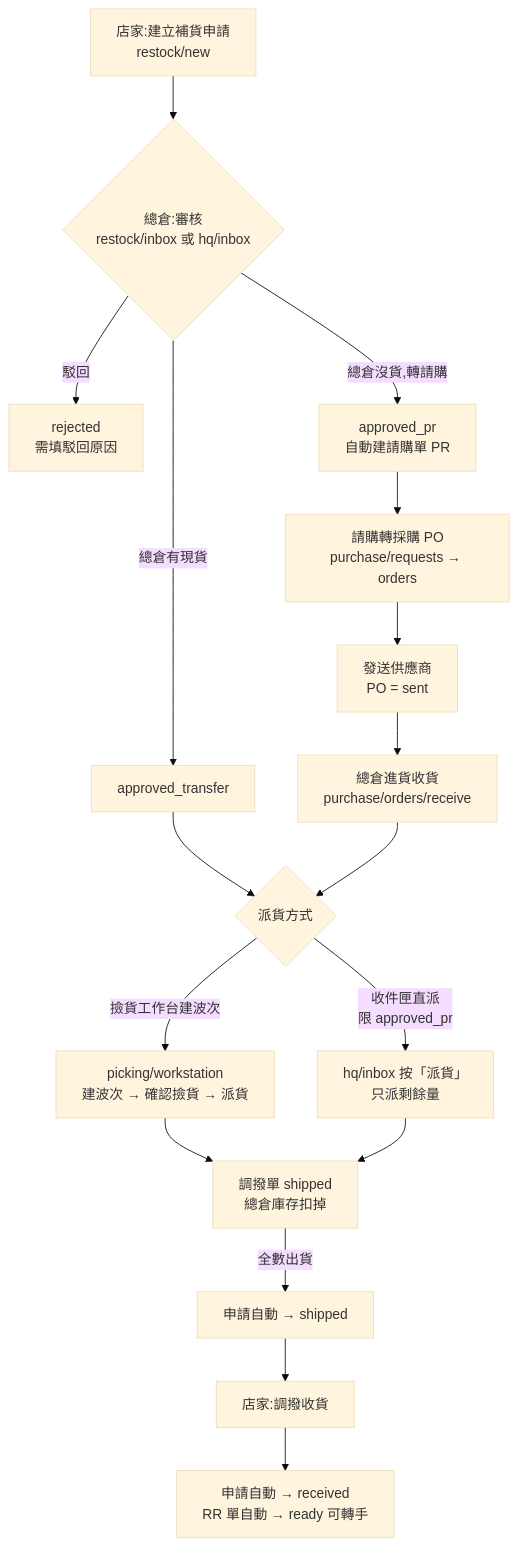
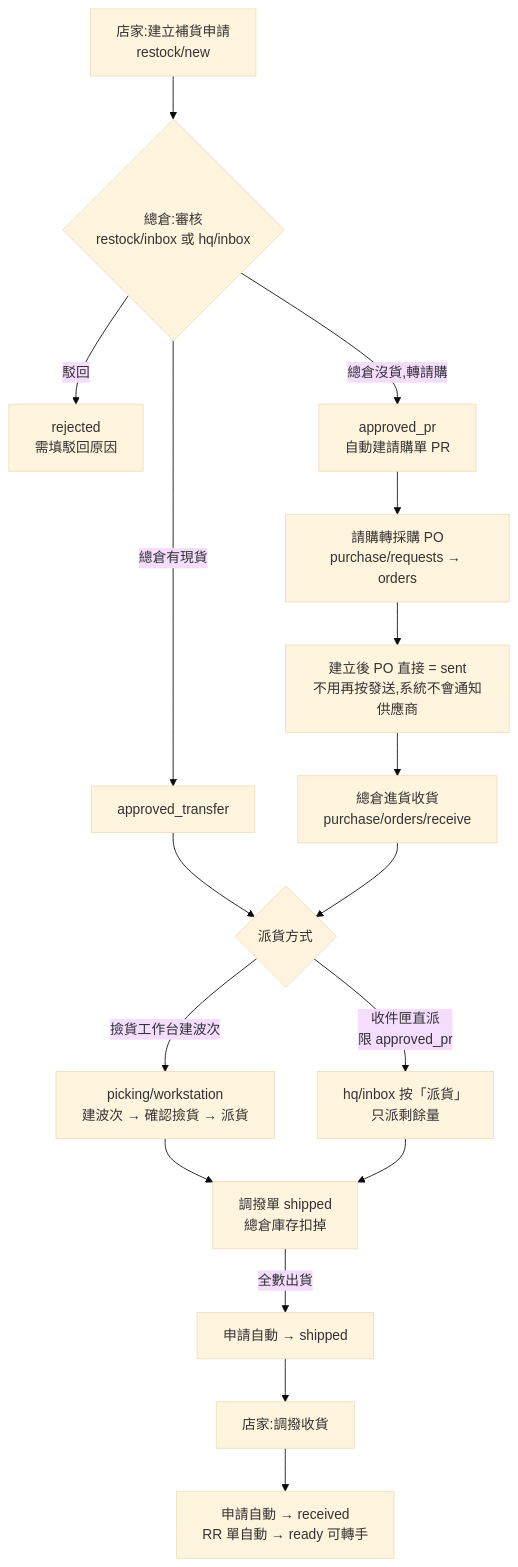
One commit to lt-foods/new_erp changed the diagram in docs/SOP-補貨流程-總倉操作.md. Above: the diagram before and after it, drawn with Mermaid (base theme). The commit also changed other lines of this file and 6 other files, not shown here.

````diff
--- a/docs/SOP-補貨流程-總倉操作.md
+++ b/docs/SOP-補貨流程-總倉操作.md
@@ -8,19 +8,19 @@
 ```mermaid
 flowchart TD
     A[店家:建立補貨申請<br/>restock/new] --> B{總倉:審核<br/>restock/inbox 或 hq/inbox}
     B -->|駁回| R[rejected<br/>需填駁回原因]
     B -->|總倉有現貨| C[approved_transfer]
     B -->|總倉沒貨,轉請購| D[approved_pr<br/>自動建請購單 PR]
     D --> E[請購轉採購 PO<br/>purchase/requests → orders]
-    E --> F[發送供應商<br/>PO = sent]
+    E --> F[建立後 PO 直接 = sent<br/>不用再按發送,系統不會通知供應商]
     F --> G[總倉進貨收貨<br/>purchase/orders/receive]
     C --> H{派貨方式}
     G --> H
     H -->|撿貨工作台建波次| I[picking/workstation<br/>建波次 → 確認撿貨 → 派貨]
     H -->|收件匣直派<br/>限 approved_pr| J[hq/inbox 按「派貨」<br/>只派剩餘量]
     I --> K[調撥單 shipped<br/>總倉庫存扣掉]
     J --> K
     K -->|全數出貨| L[申請自動 → shipped]
     L --> M[店家:調撥收貨]
     M --> N[申請自動 → received<br/>RR 單自動 → ready 可轉手]
 ```
````
